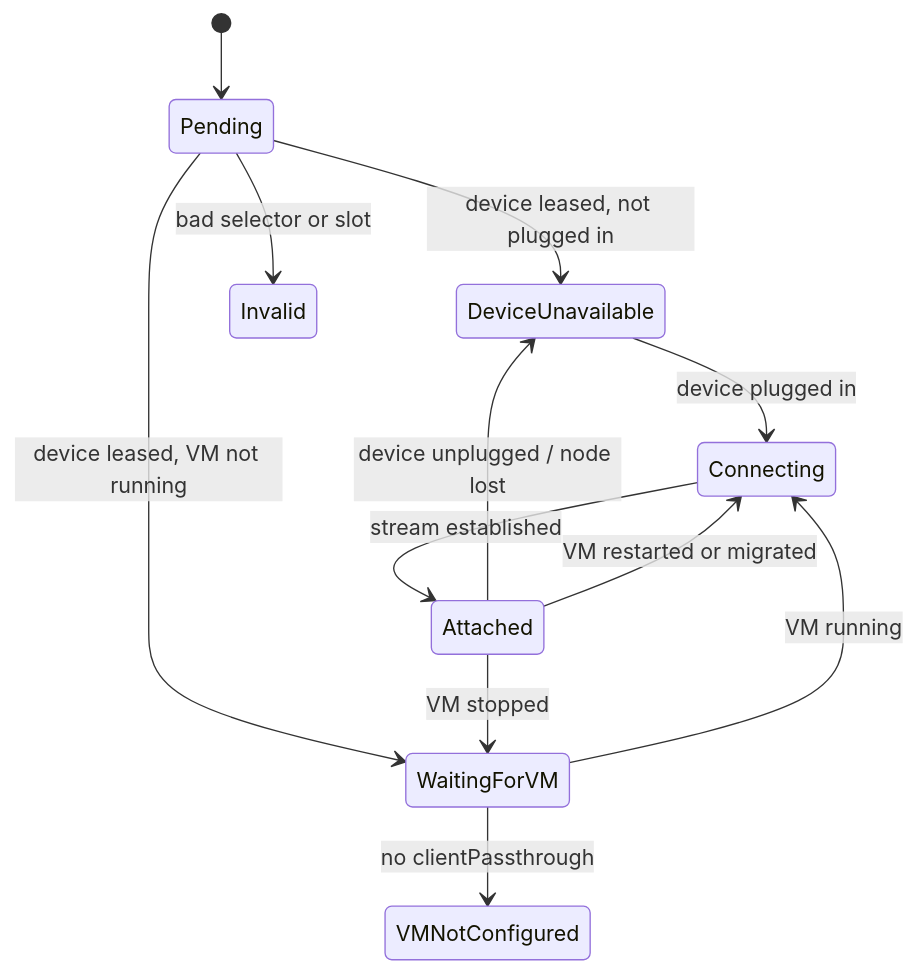
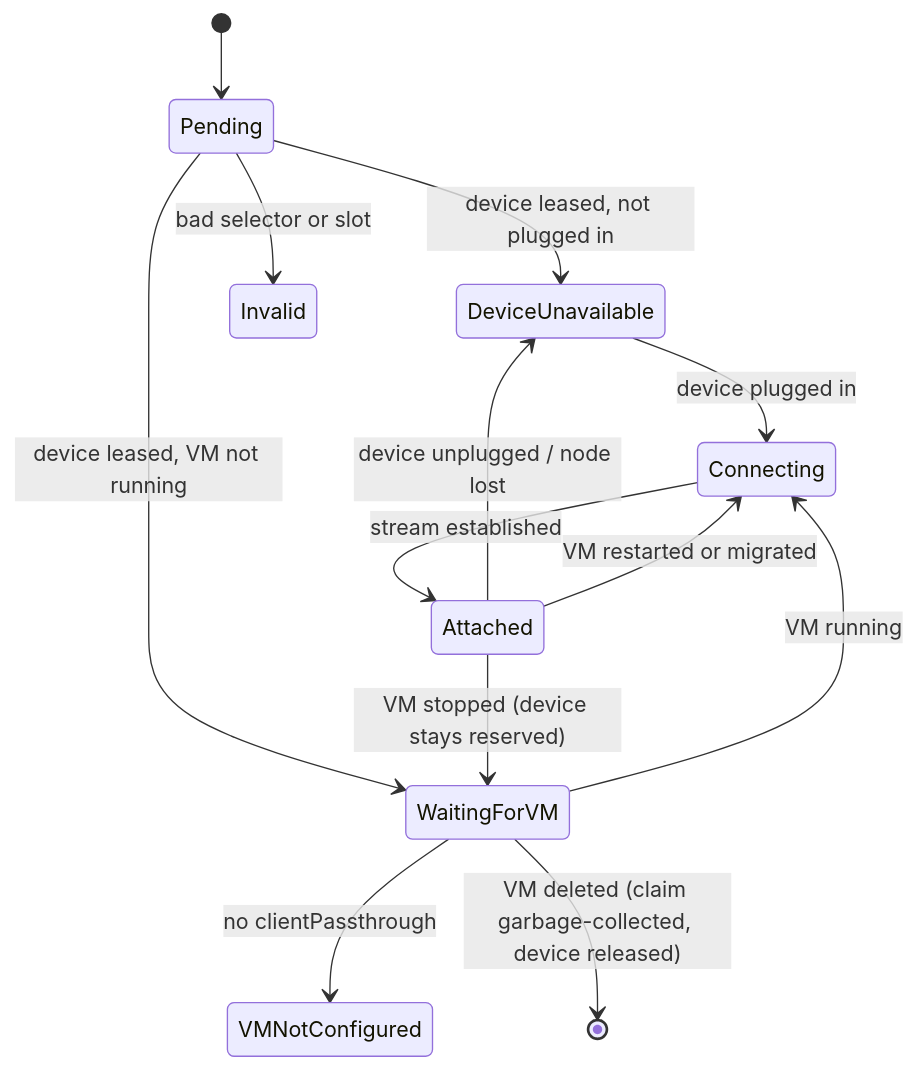
Before and after one commit to safewords/kubevirt-atomic-usb: the fourth of 4 diagrams in README.md, drawn with Mermaid. The commit also changed other lines of this file and 8 other files, not shown here.

````diff
--- a/README.md
+++ b/README.md
@@ -221,14 +221,15 @@
 ```mermaid
 stateDiagram-v2
     [*] --> Pending
     Pending --> DeviceUnavailable: device leased, not plugged in
     Pending --> WaitingForVM: device leased, VM not running
     DeviceUnavailable --> Connecting: device plugged in
     WaitingForVM --> VMNotConfigured: no clientPassthrough
     WaitingForVM --> Connecting: VM running
     Connecting --> Attached: stream established
     Attached --> DeviceUnavailable: device unplugged / node lost
     Attached --> Connecting: VM restarted or migrated
-    Attached --> WaitingForVM: VM stopped
+    Attached --> WaitingForVM: VM stopped (device stays reserved)
     Pending --> Invalid: bad selector or slot
+    WaitingForVM --> [*]: VM deleted (claim garbage-collected, device released)
 ```
````
